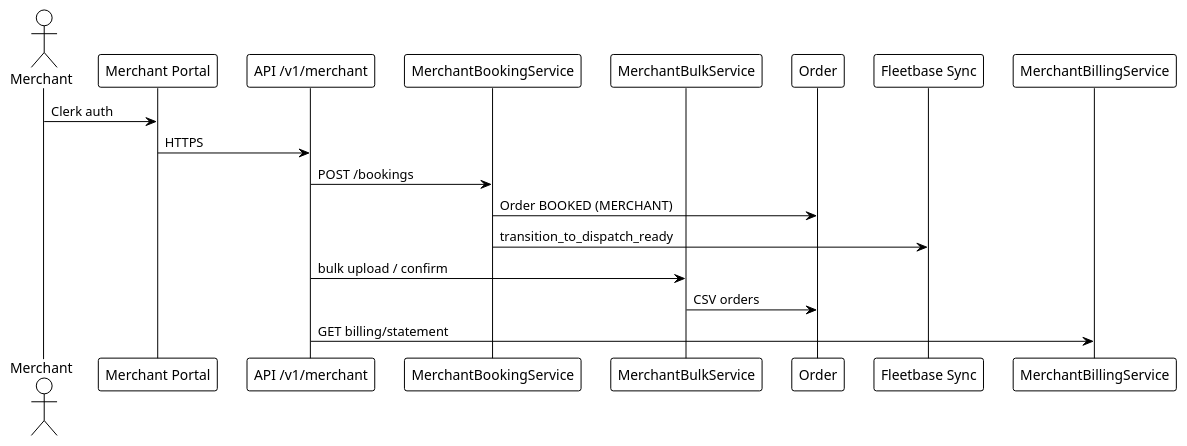
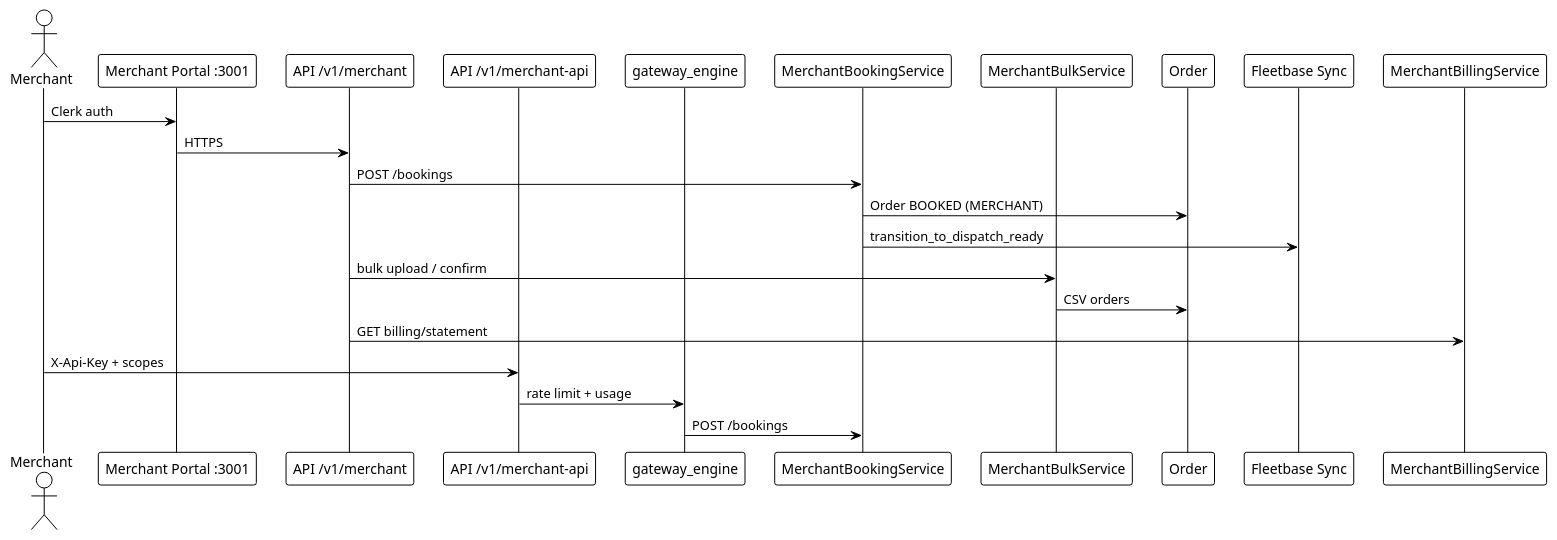
One commit to PORTERCHAIN-INC/PCD changed the diagram in docs/architecture/plantuml/merchant_flow.puml. Above: the diagram before and after it, drawn with PlantUML. The commit also changed 453 other files, not shown here.

```diff
--- a/docs/architecture/plantuml/merchant_flow.puml
+++ b/docs/architecture/plantuml/merchant_flow.puml
@@ -1,20 +1,25 @@
 @startuml merchant_flow
 !theme plain
 actor Merchant
-participant "Merchant Portal" as APP
+participant "Merchant Portal :3001" as APP
 participant "API /v1/merchant" as API
+participant "API /v1/merchant-api" as MAPI
+participant "gateway_engine" as GW
 participant "MerchantBookingService" as BOOK
 participant "MerchantBulkService" as BULK
 participant "Order" as ORD
 participant "Fleetbase Sync" as FB
 participant "MerchantBillingService" as BILL
 
 Merchant -> APP: Clerk auth
 APP -> API: HTTPS
 API -> BOOK: POST /bookings
 BOOK -> ORD: Order BOOKED (MERCHANT)
 BOOK -> FB: transition_to_dispatch_ready
 API -> BULK: bulk upload / confirm
 BULK -> ORD: CSV orders
 API -> BILL: GET billing/statement
+Merchant -> MAPI: X-Api-Key + scopes
+MAPI -> GW: rate limit + usage
+GW -> BOOK: POST /bookings
 @enduml
```
